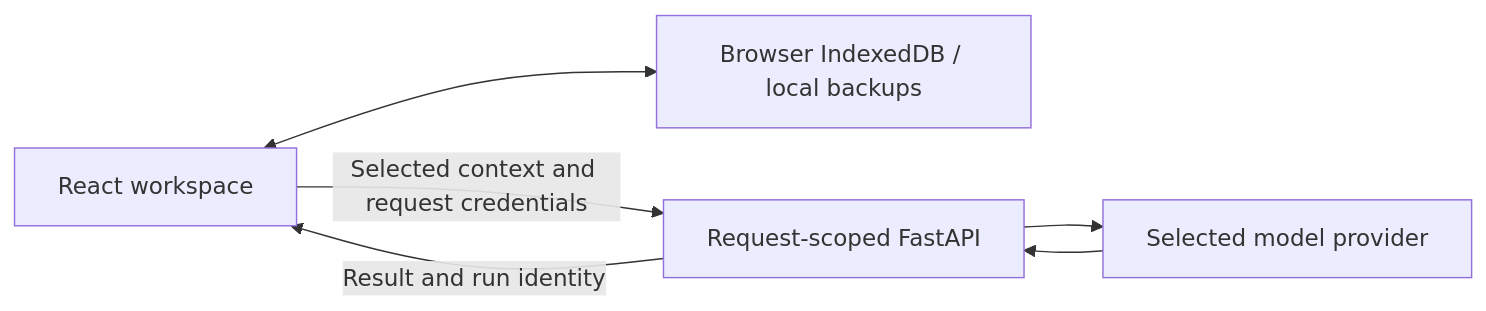
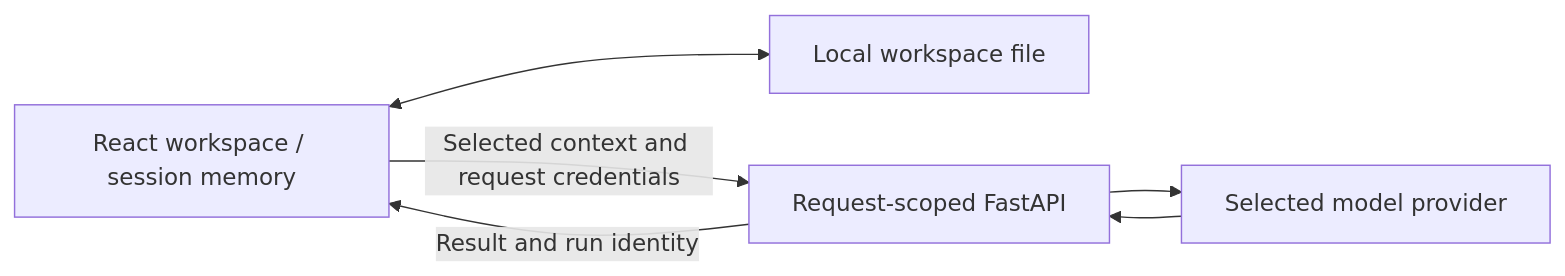
One commit to HenRiser/novel-generator changed the diagram in README.en.md. Above: the diagram before and after it, drawn with Mermaid. The commit also changed other lines of this file and 35 other files, not shown here.

````diff
--- a/README.en.md
+++ b/README.en.md
@@ -48,8 +48,8 @@
 ```mermaid
 flowchart LR
-    UI[React workspace] <--> Local[Browser IndexedDB / local backups]
+    UI[React workspace / session memory] <--> Local[Local workspace file]
     UI -->|Selected context and request credentials| API[Request-scoped FastAPI]
     API --> Provider[Selected model provider]
     Provider --> API
     API -->|Result and run identity| UI
 ```
````
